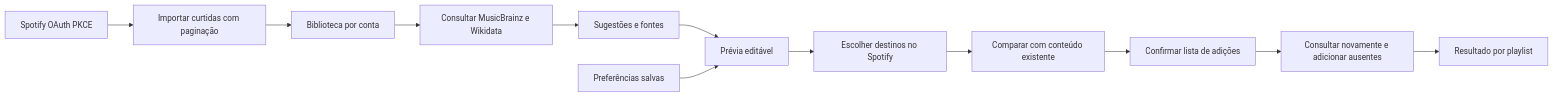
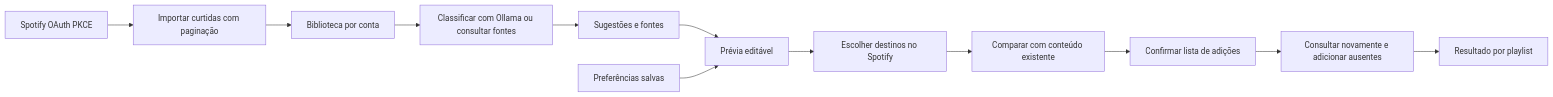
The diagram in mvp/PIPELINE.md (a26moura/Spotify_Project), drawn with Mermaid before and after one commit. The commit also changed other lines of this file and 316 other files, not shown here.

````diff
--- a/mvp/PIPELINE.md
+++ b/mvp/PIPELINE.md
@@ -5,14 +5,14 @@
 ```mermaid
 flowchart LR
   A[Spotify OAuth PKCE] --> B[Importar curtidas com paginação]
   B --> C[Biblioteca por conta]
-  C --> D[Consultar MusicBrainz e Wikidata]
+  C --> D[Classificar com Ollama ou consultar fontes]
   D --> E[Sugestões e fontes]
   E --> F[Prévia editável]
   G[Preferências salvas] --> F
   F --> H[Escolher destinos no Spotify]
   H --> I[Comparar com conteúdo existente]
   I --> J[Confirmar lista de adições]
   J --> K[Consultar novamente e adicionar ausentes]
   K --> L[Resultado por playlist]
 ```
````
